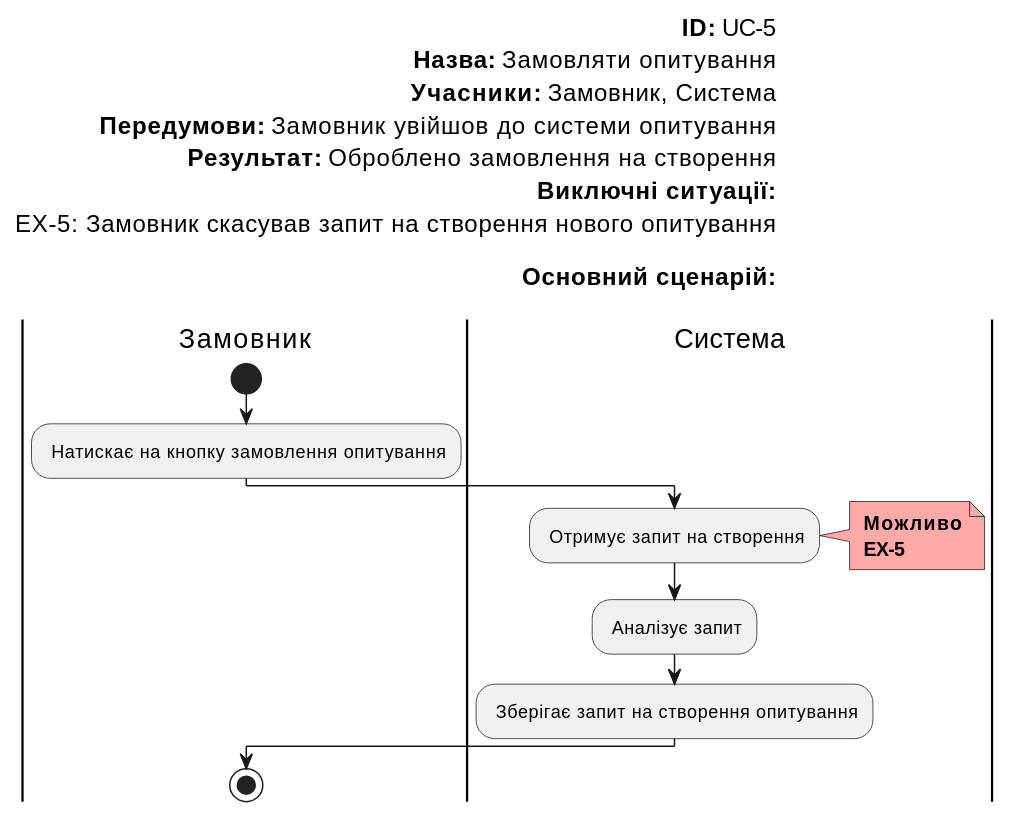
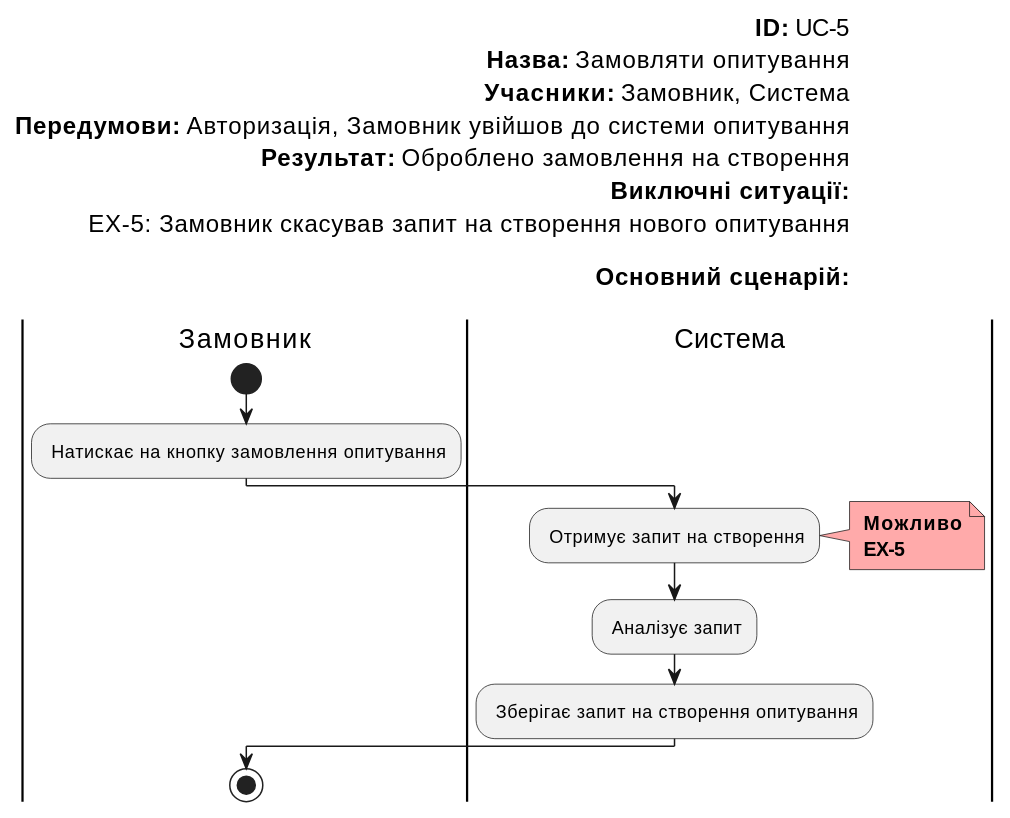
The seventh of 14 diagrams in docs/use cases/README.md (JenyaFTW/expert-management-system), drawn with PlantUML before and after one commit. The commit also changed other lines of this file, not shown here.

```diff
--- a/docs/use cases/README.md
+++ b/docs/use cases/README.md
@@ -285,34 +285,34 @@
 @startuml
 
     left header
         <font color=000 size=16><b>ID:</b> UC-5
         <font color=000 size=16><b>Назва:</b> Замовляти опитування
         <font color=000 size=16><b>Учасники:</b> Замовник, Система
-        <font color=000 size=16><b>Передумови:</b> Замовник увійшов до системи опитування
+        <font color=000 size=16><b>Передумови:</b> Авторизація, Замовник увійшов до системи опитування
         <font color=000 size=16><b>Результат:</b> Оброблено замовлення на створення
         <font color=000 size=16><b>Виключні ситуації:</b>
         <font color=000 size=16>EX-5: Замовник скасував запит на створення нового опитування
         
         <font color=000 size=16><b>Основний сценарій:</b>
         
     end header
 
     |Замовник|
         start
         : Натискає на кнопку замовлення опитування;
     |Система|
         : Отримує запит на створення;
         note right #ffaaaa
         <b> Можливо
         <b> EX-5
         end note
         
         : Аналізує запит;
         
         
         : Зберігає запит на створення опитування;
     |Замовник|
         stop;
 
 
 @enduml    
```
